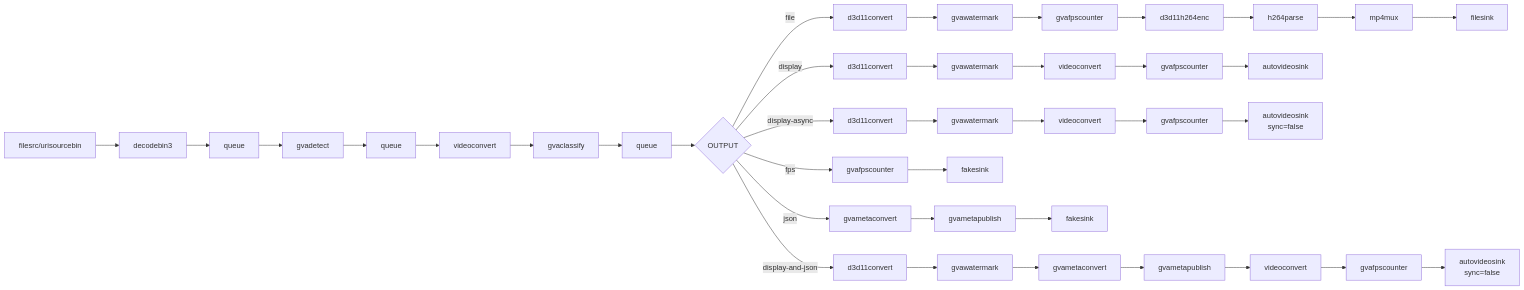
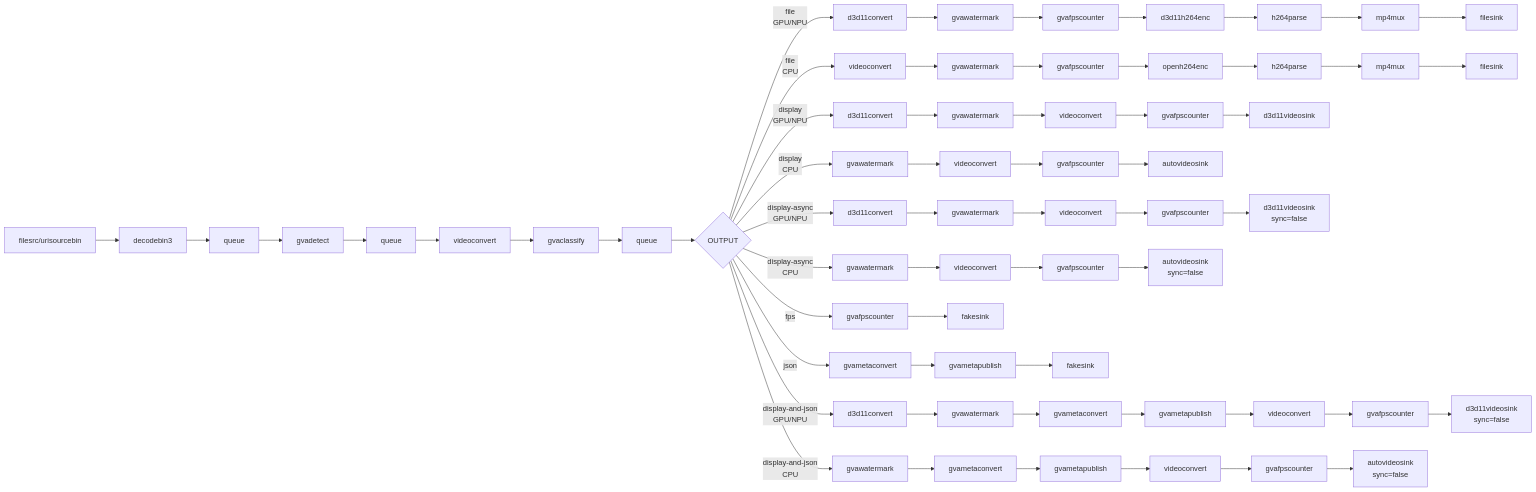
Before and after one commit to open-edge-platform/dlstreamer: the diagram in samples/windows/gstreamer/gst_launch/license_plate_recognition/README.md, drawn with Mermaid. The commit also changed other lines of this file and 7 other files, not shown here.

````diff
--- a/samples/windows/gstreamer/gst_launch/license_plate_recognition/README.md
+++ b/samples/windows/gstreamer/gst_launch/license_plate_recognition/README.md
@@ -106,46 +108,71 @@
 ```mermaid
 graph LR
     A[filesrc/urisourcebin] --> B[decodebin3]
     B --> C[queue]
     C --> D[gvadetect]
     D --> E[queue]
     E --> F[videoconvert]
     F --> G[gvaclassify]
     G --> H[queue]
     H --> I{OUTPUT}
     
-    I -->|file| J1[d3d11convert]
+    I -->|file<br/>GPU/NPU| J1[d3d11convert]
     J1 --> J2[gvawatermark]
     J2 --> J3[gvafpscounter]
     J3 --> J4[d3d11h264enc]
     J4 --> J5[h264parse]
     J5 --> J6[mp4mux]
     J6 --> J7[filesink]
     
-    I -->|display| K1[d3d11convert]
+    I -->|file<br/>CPU| J1C[videoconvert]
+    J1C --> J2C[gvawatermark]
+    J2C --> J3C[gvafpscounter]
+    J3C --> J4C[openh264enc]
+    J4C --> J5C[h264parse]
+    J5C --> J6C[mp4mux]
+    J6C --> J7C[filesink]
+    
+    I -->|display<br/>GPU/NPU| K1[d3d11convert]
     K1 --> K2[gvawatermark]
     K2 --> K3[videoconvert]
     K3 --> K4[gvafpscounter]
-    K4 --> K5[autovideosink]
+    K4 --> K5[d3d11videosink]
     
-    I -->|display-async| L1[d3d11convert]
+    I -->|display<br/>CPU| K1C[gvawatermark]
+    K1C --> K2C[videoconvert]
+    K2C --> K3C[gvafpscounter]
+    K3C --> K4C[autovideosink]
+    
+    I -->|display-async<br/>GPU/NPU| L1[d3d11convert]
     L1 --> L2[gvawatermark]
     L2 --> L3[videoconvert]
     L3 --> L4[gvafpscounter]
-    L4 --> L5[autovideosink<br/>sync=false]
+    L4 --> L5[d3d11videosink<br/>sync=false]
+    
+    I -->|display-async<br/>CPU| L1C[gvawatermark]
+    L1C --> L2C[videoconvert]
+    L2C --> L3C[gvafpscounter]
+    L3C --> L4C[autovideosink<br/>sync=false]
     
     I -->|fps| M1[gvafpscounter]
     M1 --> M2[fakesink]
     
     I -->|json| N1[gvametaconvert]
     N1 --> N2[gvametapublish]
     N2 --> N3[fakesink]
     
-    I -->|display-and-json| O1[d3d11convert]
+    I -->|display-and-json<br/>GPU/NPU| O1[d3d11convert]
     O1 --> O2[gvawatermark]
     O2 --> O3[gvametaconvert]
     O3 --> O4[gvametapublish]
     O4 --> O5[videoconvert]
     O5 --> O6[gvafpscounter]
-    O6 --> O7[autovideosink<br/>sync=false]
+    O6 --> O7[d3d11videosink<br/>sync=false]
+    
+    I -->|display-and-json<br/>CPU| O1C[gvawatermark]
+    O1C --> O2C[gvametaconvert]
+    O2C --> O3C[gvametapublish]
+    O3C --> O4C[videoconvert]
+    O4C --> O5C[gvafpscounter]
+    O5C --> O6C[autovideosink<br/>sync=false]
 ```
````
